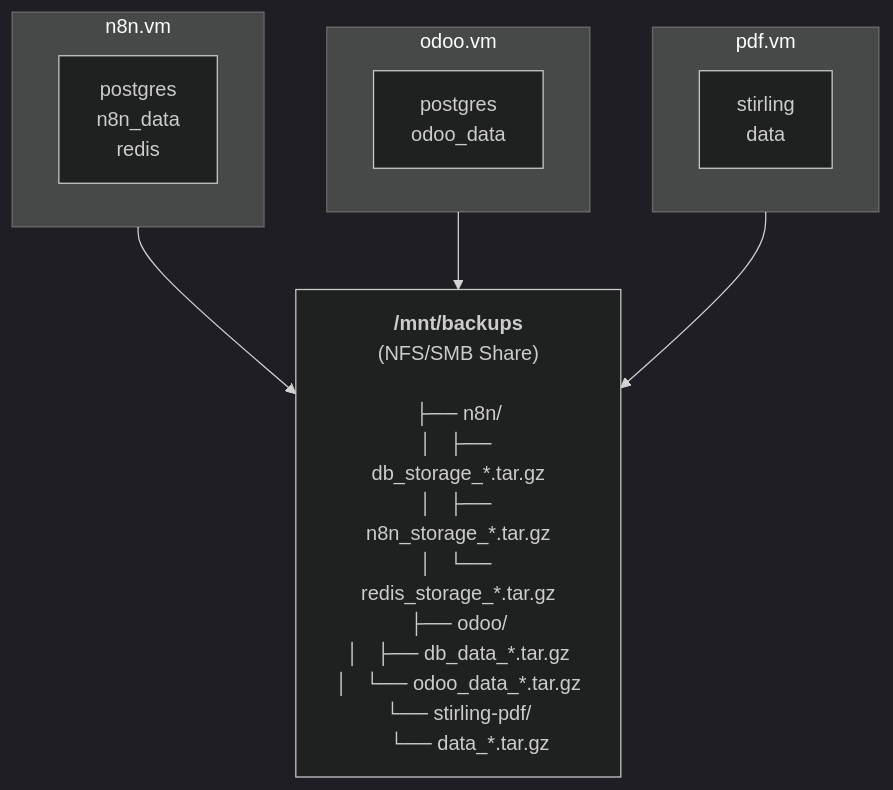
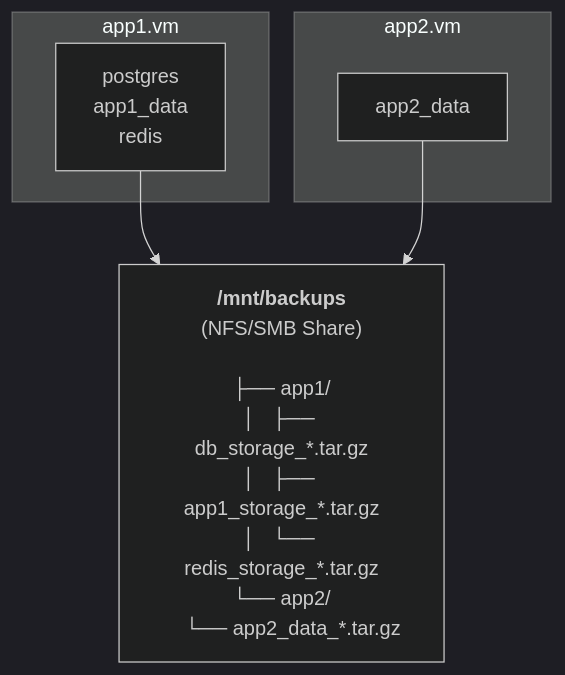
The diagram in docs/BACKUP_STRATEGY.md (gatanasi/server-hub), drawn with Mermaid (dark theme) before and after one commit.

Commit message:
docs: resolve PR comments on backup architecture diagram

````diff
--- a/docs/BACKUP_STRATEGY.md
+++ b/docs/BACKUP_STRATEGY.md
@@ -11,20 +11,15 @@
 ```mermaid
 flowchart TD
-    subgraph VM1[n8n.vm]
-        n8n_data["postgres<br/>n8n_data<br/>redis"]
+    subgraph VM1[app1.vm]
+        app1_data["postgres<br/>app1_data<br/>redis"]
     end
-    
-    subgraph VM2[odoo.vm]
-        odoo_data["postgres<br/>odoo_data"]
+
+    subgraph VM2[app2.vm]
+        app2_data["app2_data"]
     end
-    
-    subgraph VM3[pdf.vm]
-        pdf_data["stirling<br/>data"]
-    end
-    
-    Backups["<b>/mnt/backups</b><br/>(NFS/SMB Share)<br/><br/>├── n8n/<br/>│   ├── db_storage_*.tar.gz<br/>│   ├── n8n_storage_*.tar.gz<br/>│   └── redis_storage_*.tar.gz<br/>├── odoo/<br/>│   ├── db_data_*.tar.gz<br/>│   └── odoo_data_*.tar.gz<br/>└── stirling-pdf/<br/>    └── data_*.tar.gz"]
-    
-    VM1 --> Backups
-    VM2 --> Backups
-    VM3 --> Backups
+
+    Backups["<b>/mnt/backups</b><br/>(NFS/SMB Share)<br/><br/>├── app1/<br/>│&nbsp;&nbsp;&nbsp;├── db_storage_*.tar.gz<br/>│&nbsp;&nbsp;&nbsp;├── app1_storage_*.tar.gz<br/>│&nbsp;&nbsp;&nbsp;└── redis_storage_*.tar.gz<br/>└── app2/<br/>&nbsp;&nbsp;&nbsp;&nbsp;└── app2_data_*.tar.gz"]
+
+    app1_data --> Backups
+    app2_data --> Backups
 ```
````
